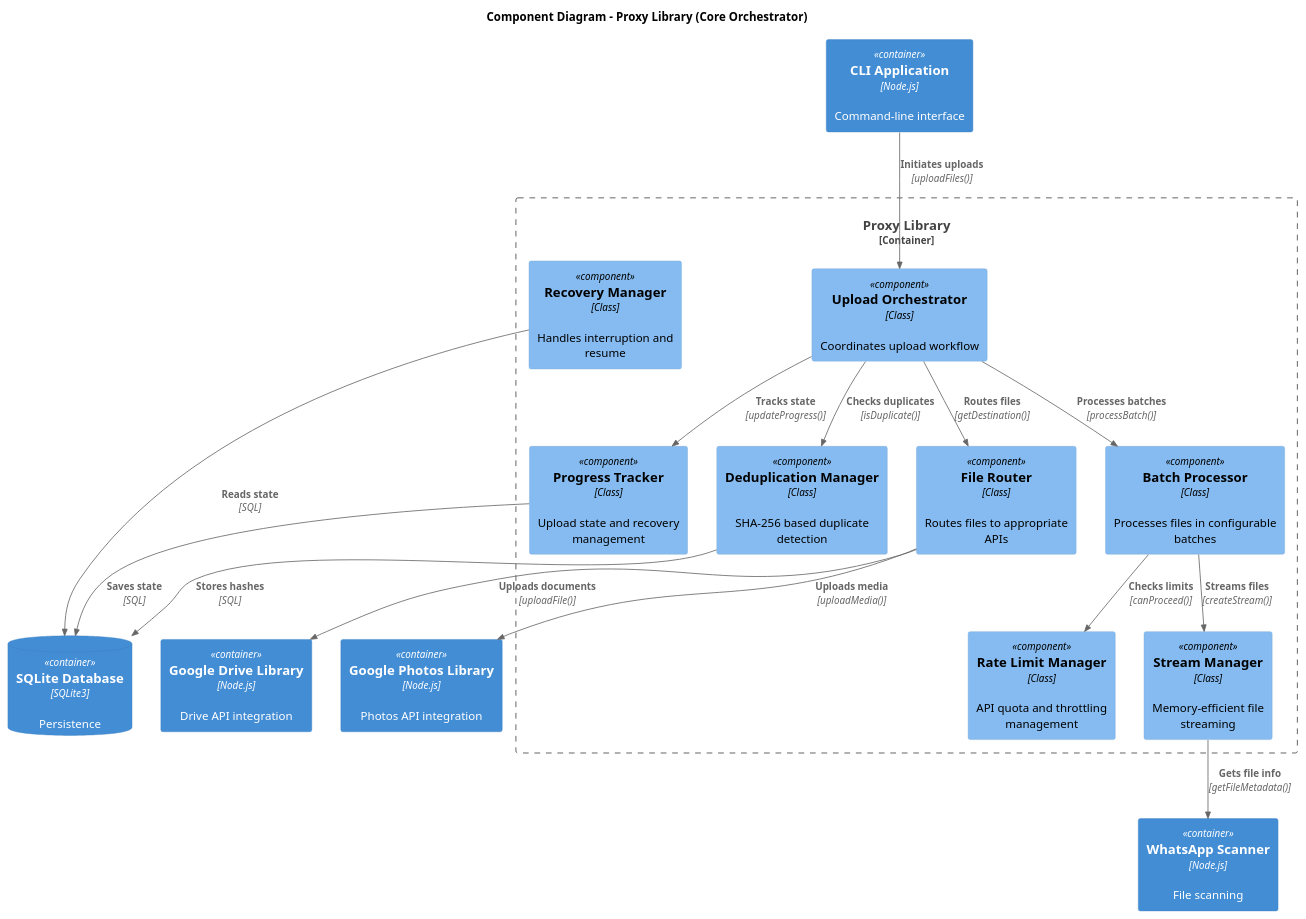
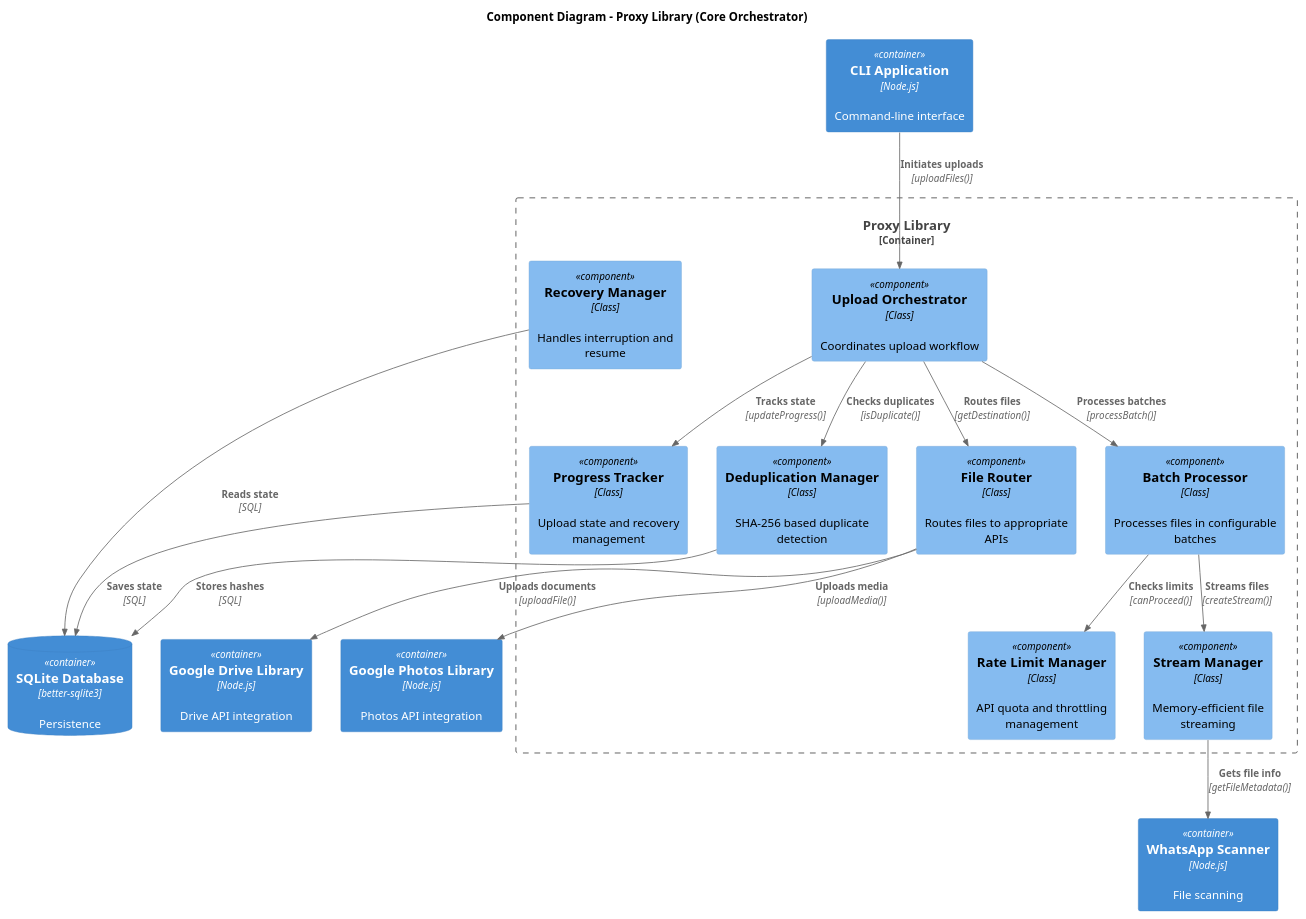
Before and after one commit to eduoda/whatsapp-google-uploader: the third of 3 diagrams in memory-system/reference/architecture.md, drawn with PlantUML. The commit also changed other lines of this file and 17 other files, not shown here.

First line of the commit message:
feat(ai-architect-task-011): migrate from sqlite3 to better-sqlite3

````diff
--- a/memory-system/reference/architecture.md
+++ b/memory-system/reference/architecture.md
@@ -138,39 +138,39 @@
 ```plantuml
 @startuml C3_Proxy_Components
 !include <C4/C4_Component>
 
 title Component Diagram - Proxy Library (Core Orchestrator)
 
 Container(cli, "CLI Application", "Node.js", "Command-line interface")
 Container(drive, "Google Drive Library", "Node.js", "Drive API integration")
 Container(photos, "Google Photos Library", "Node.js", "Photos API integration")
 Container(scanner, "WhatsApp Scanner", "Node.js", "File scanning")
-ContainerDb(database, "SQLite Database", "SQLite3", "Persistence")
+ContainerDb(database, "SQLite Database", "better-sqlite3", "Persistence")
 
 Container_Boundary(proxy, "Proxy Library") {
     Component(uploader, "Upload Orchestrator", "Class", "Coordinates upload workflow")
     Component(dedup, "Deduplication Manager", "Class", "SHA-256 based duplicate detection")
     Component(ratelimit, "Rate Limit Manager", "Class", "API quota and throttling management")
     Component(progress, "Progress Tracker", "Class", "Upload state and recovery management")
     Component(router, "File Router", "Class", "Routes files to appropriate APIs")
     Component(stream, "Stream Manager", "Class", "Memory-efficient file streaming")
     Component(recovery, "Recovery Manager", "Class", "Handles interruption and resume")
     Component(batch, "Batch Processor", "Class", "Processes files in configurable batches")
 }
 
 Rel(cli, uploader, "Initiates uploads", "uploadFiles()")
 Rel(uploader, router, "Routes files", "getDestination()")
 Rel(uploader, dedup, "Checks duplicates", "isDuplicate()")
 Rel(uploader, progress, "Tracks state", "updateProgress()")
 Rel(uploader, batch, "Processes batches", "processBatch()")
 Rel(batch, stream, "Streams files", "createStream()")
 Rel(batch, ratelimit, "Checks limits", "canProceed()")
 Rel(router, drive, "Uploads documents", "uploadFile()")
 Rel(router, photos, "Uploads media", "uploadMedia()")
 Rel(dedup, database, "Stores hashes", "SQL")
 Rel(progress, database, "Saves state", "SQL")
 Rel(recovery, database, "Reads state", "SQL")
 Rel(stream, scanner, "Gets file info", "getFileMetadata()")
 
 @enduml
 ```
````
